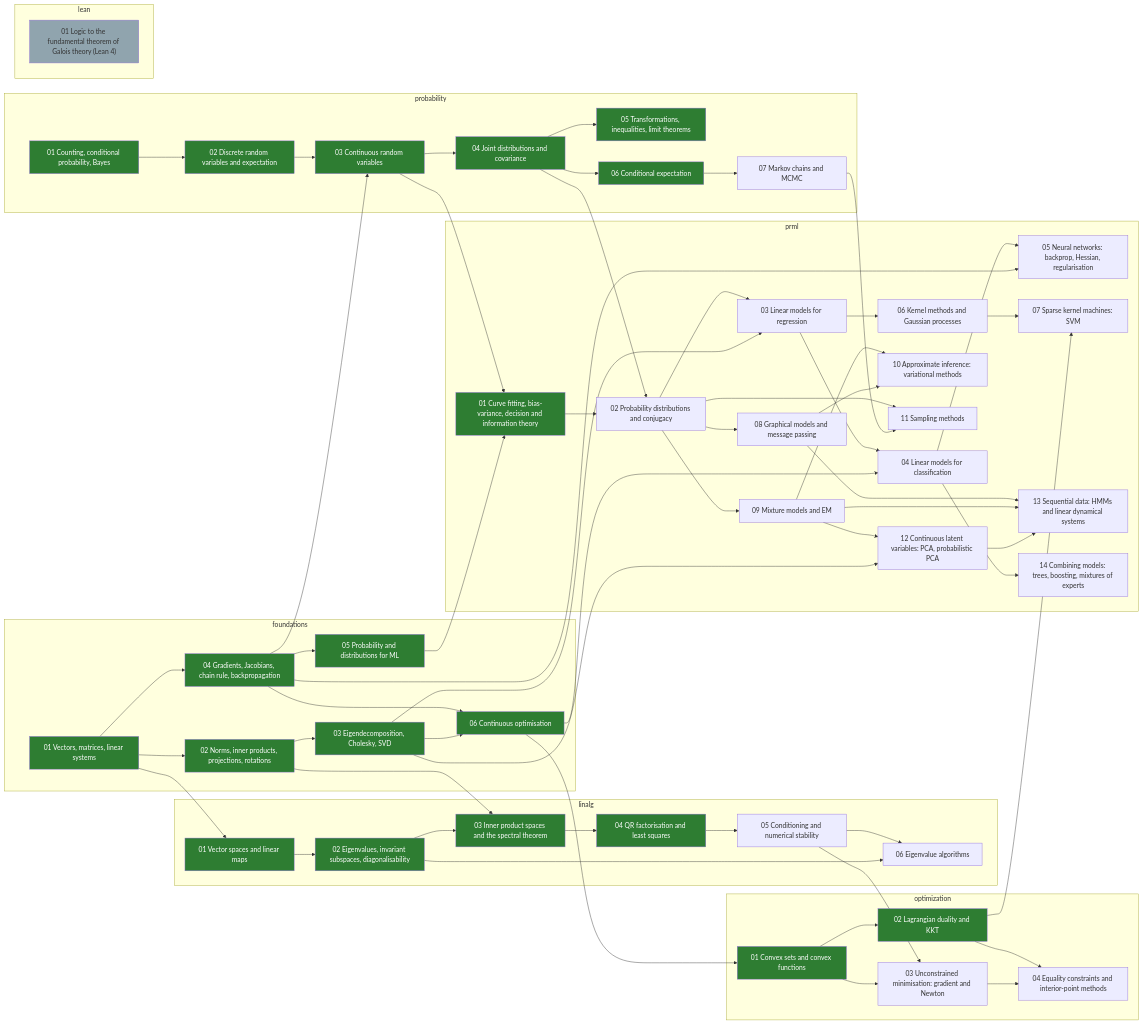
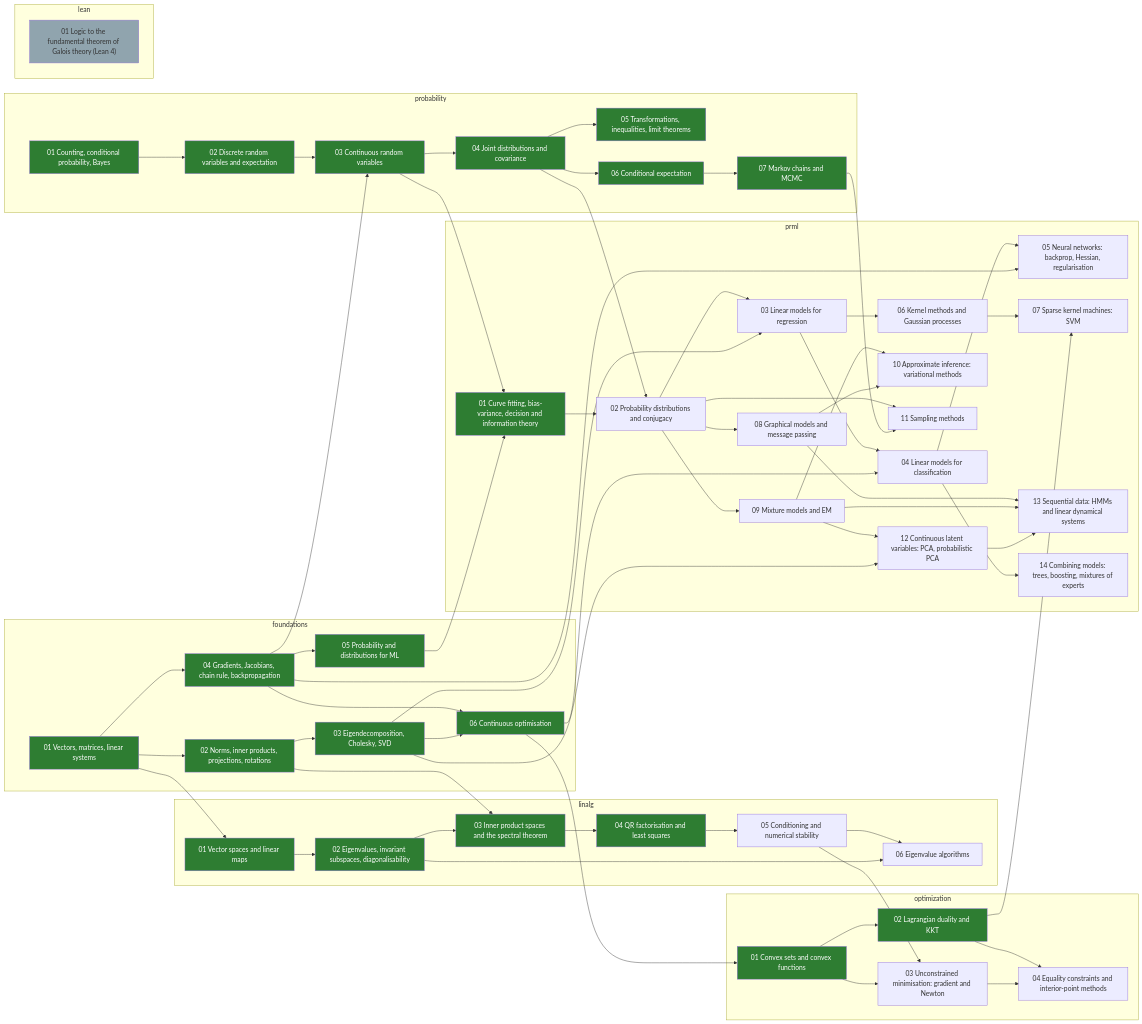
One commit to alektebel/learn-stuff-from-scratch changed the diagram in skill-tree/README.md. Above: the diagram before and after it, drawn with Mermaid. The commit also changed other lines of this file and 8 other files, not shown here.

First line of the commit message:
math: build probability-07-markov-chains-mcmc

```diff
--- a/skill-tree/README.md
+++ b/skill-tree/README.md
@@ -92,7 +92,7 @@
     probability-04-joint["04 Joint distributions and covariance"]:::done
     probability-05-limits-inequalities["05 Transformations, inequalities, limit theorems"]:::done
     probability-06-conditional-expectation["06 Conditional expectation"]:::done
-    probability-07-markov-chains-mcmc["07 Markov chains and MCMC"]
+    probability-07-markov-chains-mcmc["07 Markov chains and MCMC"]:::done
   end
   subgraph optimization
     optimization-01-convexity["01 Convex sets and convex functions"]:::done
```
